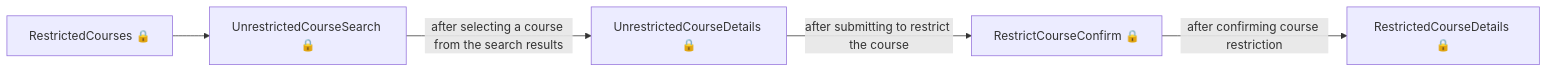
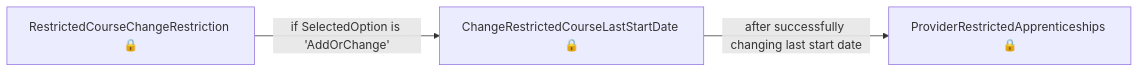
The fifth of 15 diagrams in das-admin-roatp-web/user-journeys/user-journeys.md (talentconsulting/atlas-dfe), drawn with Mermaid before and after one commit. The commit also changed other lines of this file and 36 other files, not shown here.

````diff
--- a/das-admin-roatp-web/user-journeys/user-journeys.md
+++ b/das-admin-roatp-web/user-journeys/user-journeys.md
@@ -84,7 +61,5 @@
 ```mermaid
 flowchart LR
-  p0["RestrictedCourses 🔒"] --> p1["UnrestrictedCourseSearch 🔒"]
-  p1["UnrestrictedCourseSearch 🔒"] -->|"after selecting a course from the search results"| p2["UnrestrictedCourseDetails 🔒"]
-  p2["UnrestrictedCourseDetails 🔒"] -->|"after submitting to restrict the course"| p3["RestrictCourseConfirm 🔒"]
-  p3["RestrictCourseConfirm 🔒"] -->|"after confirming course restriction"| p4["RestrictedCourseDetails 🔒"]
+  p0["RestrictedCourseChangeRestriction 🔒"] -->|"if SelectedOption is 'AddOrChange'"| p1["ChangeRestrictedCourseLastStartDate 🔒"]
+  p1["ChangeRestrictedCourseLastStartDate 🔒"] -->|"after successfully changing last start date"| p2["ProviderRestrictedApprenticeships 🔒"]
 ```
````
